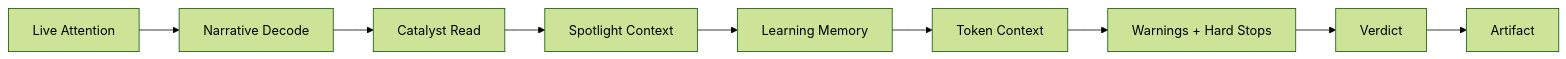
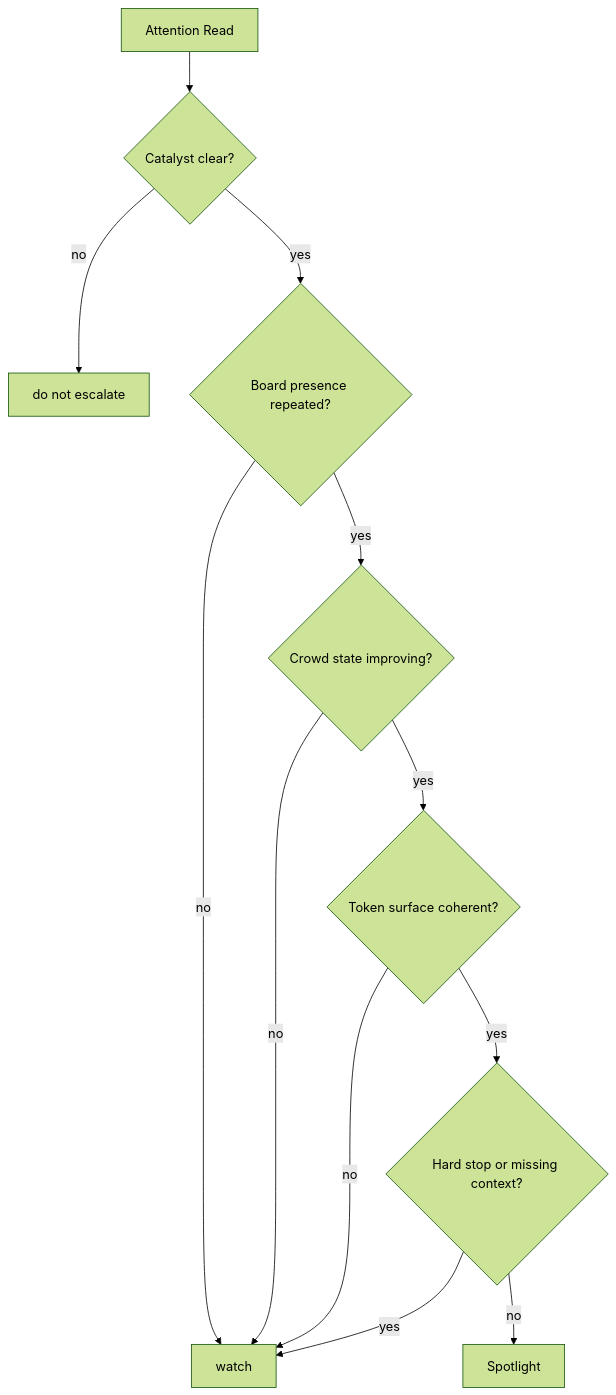
One commit to animeme99/Animeme-Agent changed the seventh of 10 diagrams in README.md. Above: the diagram before and after it, drawn with Mermaid (forest theme). The commit also changed other lines of this file, not shown here.

Commit message:
Refocus README graphs on attention analysis

````diff
--- a/README.md
+++ b/README.md
@@ -251,11 +273,14 @@
 ```mermaid
-flowchart LR
-    A["Live Attention"] --> B["Narrative Decode"]
-    B --> C["Catalyst Read"]
-    C --> D["Spotlight Context"]
-    D --> E["Learning Memory"]
-    E --> F["Token Context"]
-    F --> G["Warnings + Hard Stops"]
-    G --> H["Verdict"]
-    H --> I["Artifact"]
+flowchart TD
+    A["Attention Read"] --> B{"Catalyst clear?"}
+    B -->|"no"| X["do not escalate"]
+    B -->|"yes"| C{"Board presence repeated?"}
+    C -->|"no"| W["watch"]
+    C -->|"yes"| D{"Crowd state improving?"}
+    D -->|"no"| W
+    D -->|"yes"| E{"Token surface coherent?"}
+    E -->|"no"| W
+    E -->|"yes"| F{"Hard stop or missing context?"}
+    F -->|"yes"| W
+    F -->|"no"| S["Spotlight"]
 ```
````
